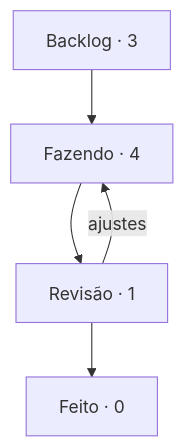
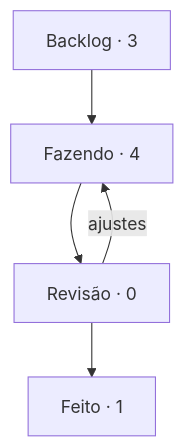
One commit to StudioVibi/VibiKanban changed the diagram in BOARD.md. Above: the diagram before and after it, drawn with Mermaid. The commit also changed other lines of this file and 1 other file, not shown here.

Commit message:
board: VK-3 Revisão → Feito (@isabellaherman)

````diff
--- a/BOARD.md
+++ b/BOARD.md
@@ -5,10 +5,10 @@
 ```mermaid
 flowchart TD
   backlog["Backlog · 3"] --> doing["Fazendo · 4"]
-  doing --> review["Revisão · 1"]
-  review --> done["Feito · 0"]
+  doing --> review["Revisão · 0"]
+  review --> done["Feito · 1"]
   review -->|ajustes| doing
   doing:::blue
   review:::yellow
   done:::green
 ```
````
